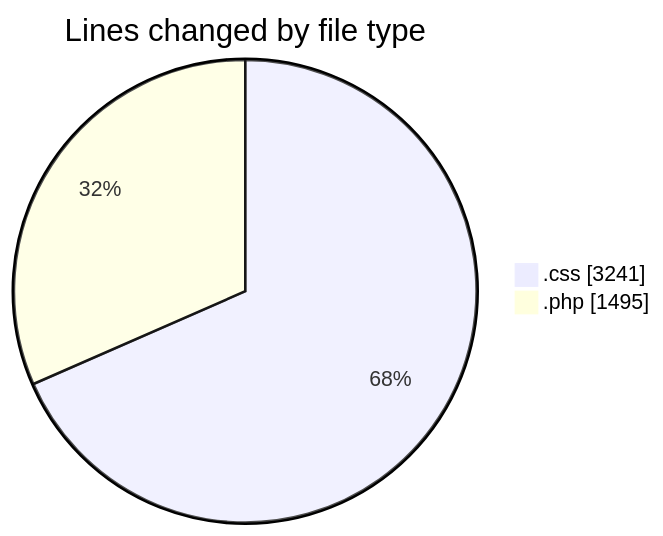
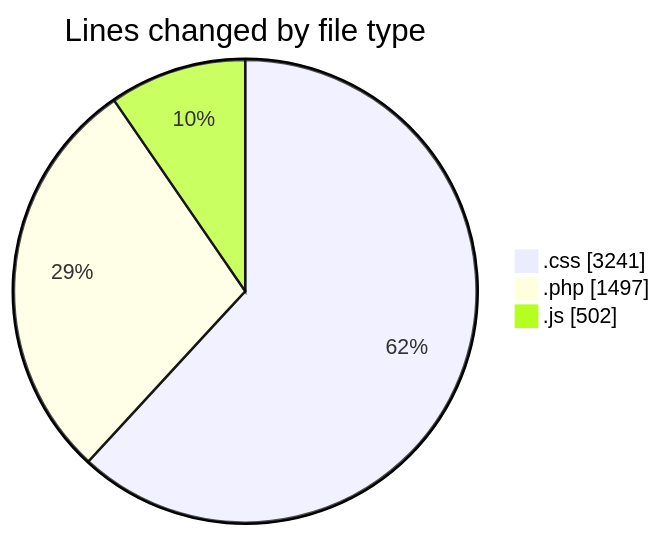
One commit to debugP/code-tracking changed the first of 2 diagrams in 2026-07-22/untitled__workspace_/README.md. Above: the diagram before and after it, drawn with Mermaid. The commit also changed other lines of this file and 1 other file, not shown here.

````diff
--- a/2026-07-22/untitled__workspace_/README.md
+++ b/2026-07-22/untitled__workspace_/README.md
@@ -22,6 +23,7 @@
 ```mermaid
 pie showData
 title Lines changed by file type
 ".css" : 3241
-".php" : 1495
+".php" : 1497
+".js" : 502
 ```
````
